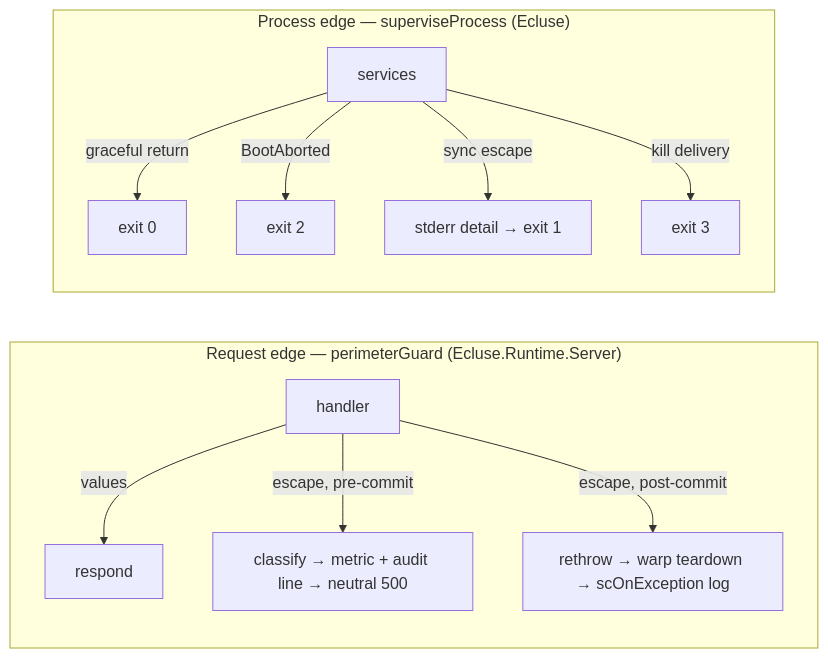
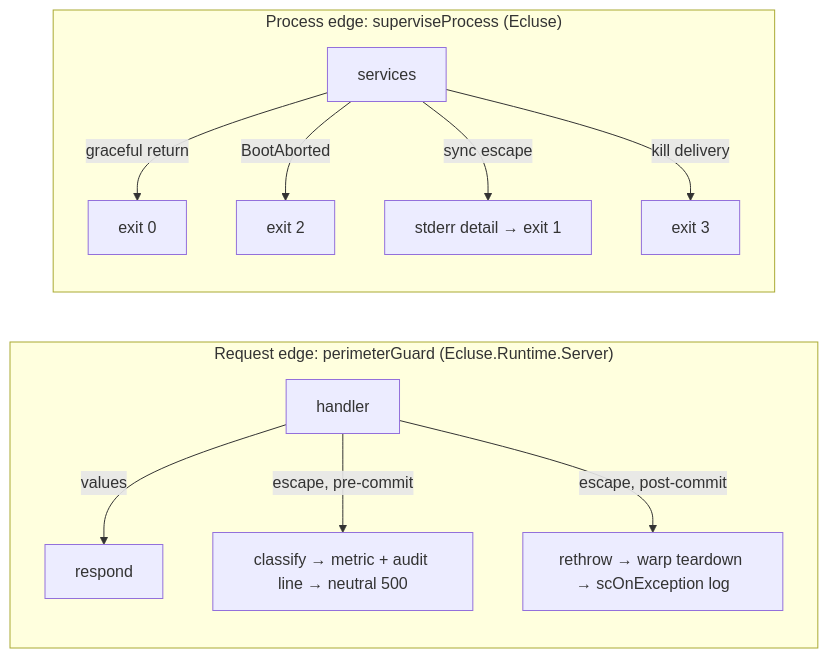
Before and after one commit to AlexaDeWit/Ecluse: the diagram in docs/architecture/fault-model.md, drawn with Mermaid. The commit also changed other lines of this file and 47 other files, not shown here.

````diff
--- a/docs/architecture/fault-model.md
+++ b/docs/architecture/fault-model.md
@@ -20,14 +18,14 @@
 ```mermaid
 flowchart LR
-    subgraph request ["Request edge — perimeterGuard (Ecluse.Runtime.Server)"]
+    subgraph request ["Request edge: perimeterGuard (Ecluse.Runtime.Server)"]
         H[handler] -->|values| R[respond]
         H -->|escape, pre-commit| P["classify → metric + audit line → neutral 500"]
         H -->|escape, post-commit| T["rethrow → warp teardown → scOnException log"]
     end
-    subgraph process ["Process edge — superviseProcess (Ecluse)"]
+    subgraph process ["Process edge: superviseProcess (Ecluse)"]
         S[services] -->|graceful return| E0["exit 0"]
         S -->|BootAborted| E2["exit 2"]
         S -->|sync escape| E1["stderr detail → exit 1"]
         S -->|kill delivery| E3["exit 3"]
     end
 ```
````
